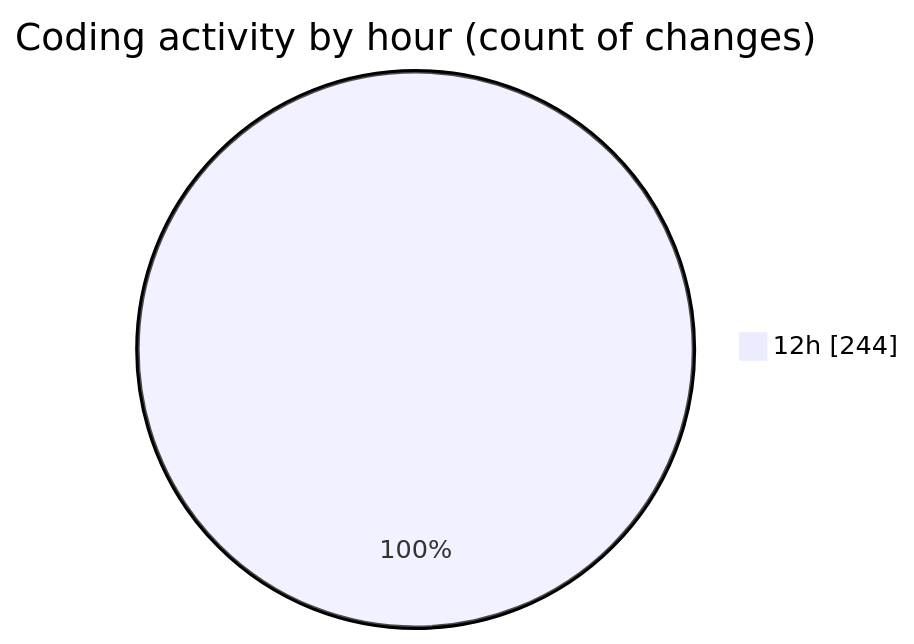
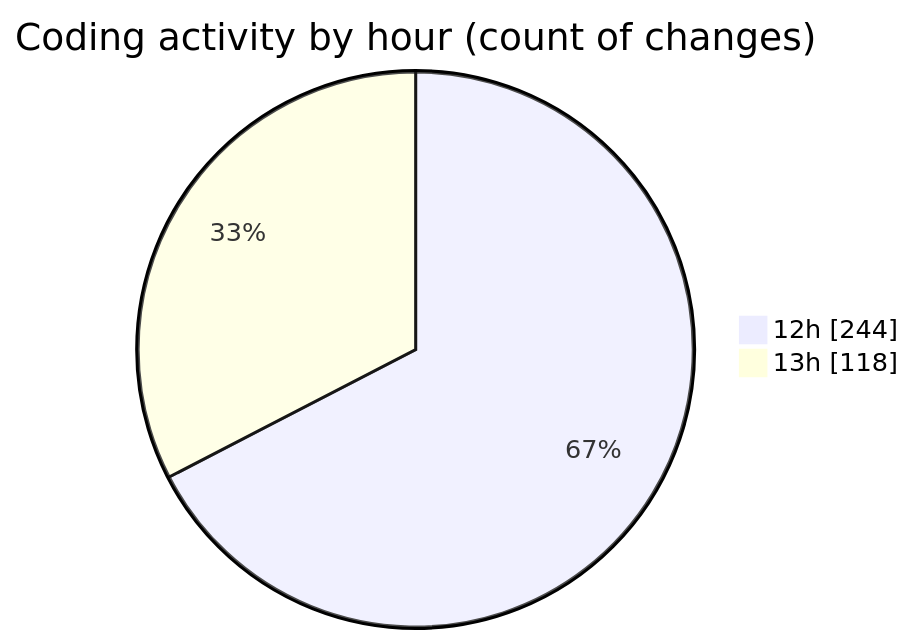
Before and after one commit to ernivani/code-tracking: the second of 2 diagrams in repositories/2024-12-26/leetcode-solutions/README.md, drawn with Mermaid. The commit also changed other lines of this file and 1 other file, not shown here.

````diff
--- a/repositories/2024-12-26/leetcode-solutions/README.md
+++ b/repositories/2024-12-26/leetcode-solutions/README.md
@@ -44,5 +50,6 @@
 ```mermaid
 pie showData
 title Coding activity by hour (count of changes)
 "12h" : 244
+"13h" : 118
 ```
````
